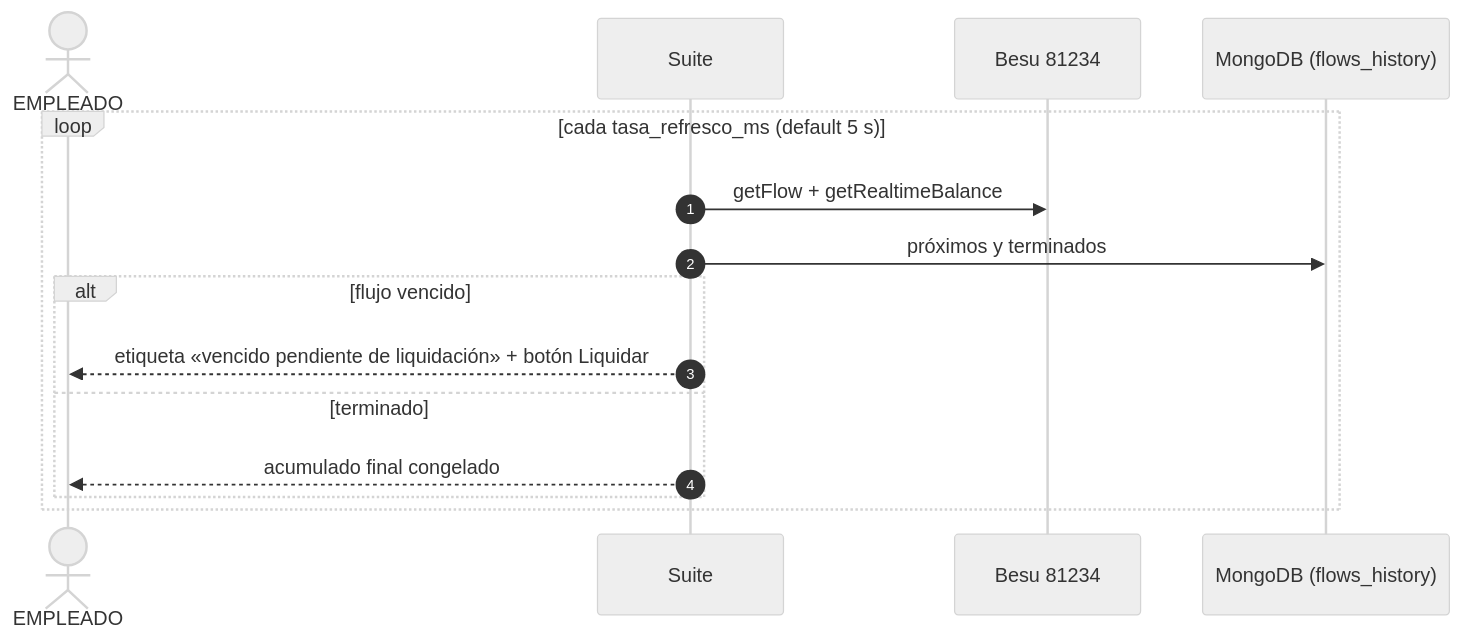
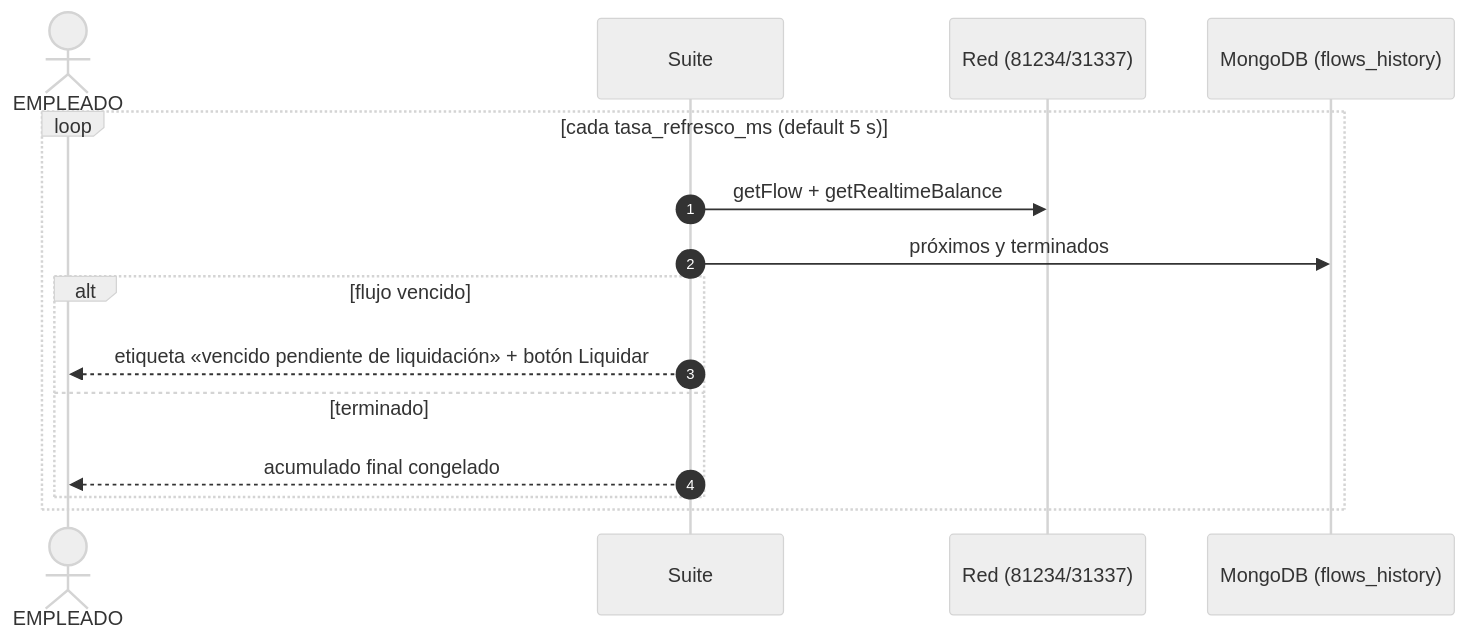
Before and after one commit to anlucorporations/superfluid: the eighth of 9 diagrams in RepoTecnico/casos_uso/03_secuencias.md, drawn with Mermaid (neutral theme). The commit also changed other lines of this file and 64 other files, not shown here.

````diff
--- a/RepoTecnico/casos_uso/03_secuencias.md
+++ b/RepoTecnico/casos_uso/03_secuencias.md
@@ -193,18 +277,18 @@
 ```mermaid
 sequenceDiagram
     autonumber
     actor E as EMPLEADO
     participant UI as Suite
-    participant RPC as Besu 81234
+    participant RPC as Red (81234/31337)
     participant DB as MongoDB (flows_history)
 
     loop cada tasa_refresco_ms (default 5 s)
         UI->>RPC: getFlow + getRealtimeBalance
         UI->>DB: próximos y terminados
         alt flujo vencido
             UI-->>E: etiqueta «vencido pendiente de liquidación» + botón Liquidar
         else terminado
             UI-->>E: acumulado final congelado
         end
     end
 ```
````
